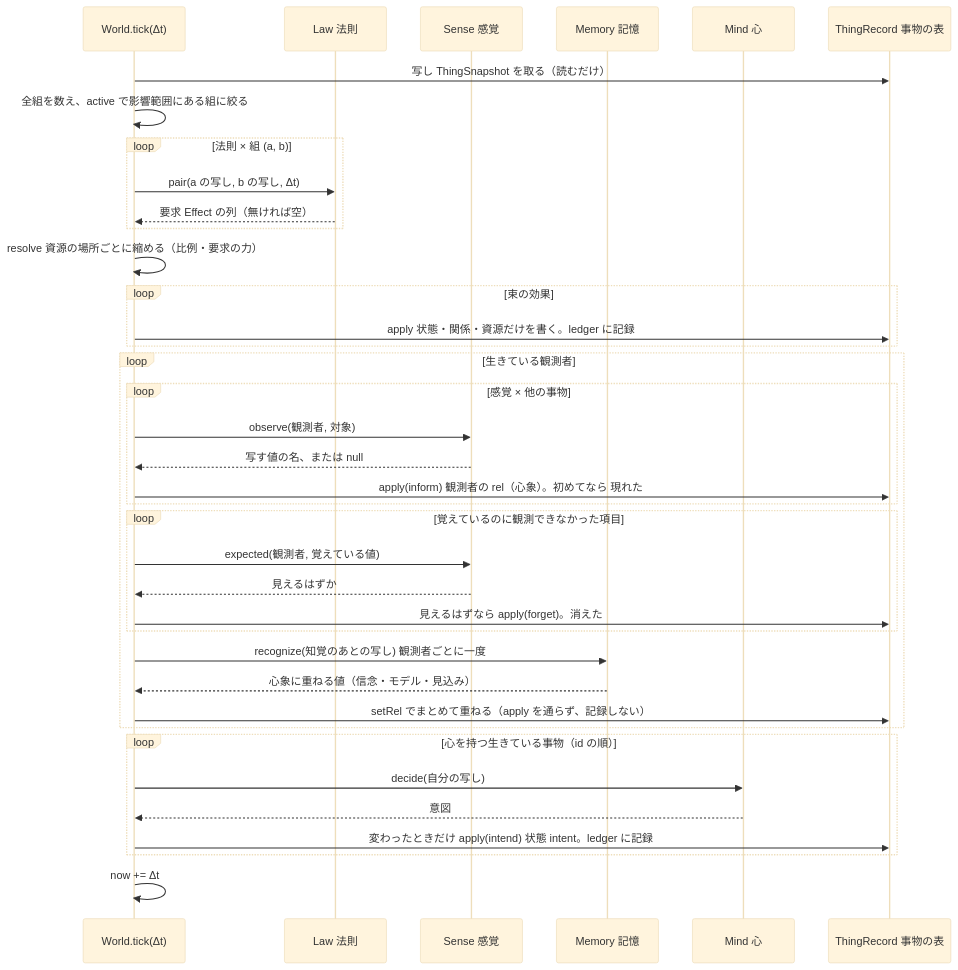
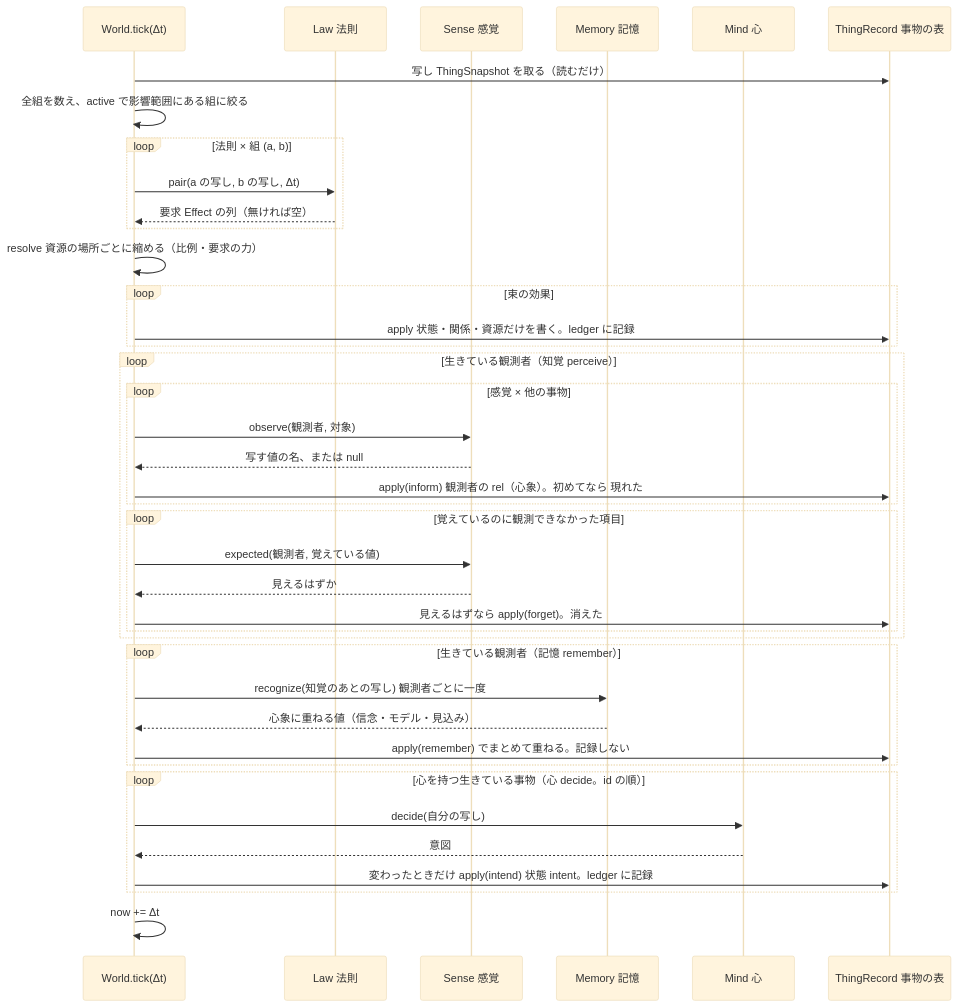
Before and after one commit to demerzel09/Medieval-Simulator: the diagram in docs/figures/src/design-fig7-sequence.mmd, drawn with Mermaid (base theme). The commit also changed 12 other files, not shown here.

```diff
--- a/docs/figures/src/design-fig7-sequence.mmd
+++ b/docs/figures/src/design-fig7-sequence.mmd
@@ -1,38 +1,40 @@
 sequenceDiagram
   participant W as World.tick(Δt)
   participant L as Law 法則
   participant S as Sense 感覚
   participant Me as Memory 記憶
   participant M as Mind 心
   participant T as ThingRecord 事物の表
   W->>T: 写し ThingSnapshot を取る（読むだけ）
   W->>W: 全組を数え、active で影響範囲にある組に絞る
   loop 法則 × 組 (a, b)
     W->>L: pair(a の写し, b の写し, Δt)
     L-->>W: 要求 Effect の列（無ければ空）
   end
   W->>W: resolve 資源の場所ごとに縮める（比例・要求の力）
   loop 束の効果
     W->>T: apply 状態・関係・資源だけを書く。ledger に記録
   end
-  loop 生きている観測者
+  loop 生きている観測者（知覚 perceive）
     loop 感覚 × 他の事物
       W->>S: observe(観測者, 対象)
       S-->>W: 写す値の名、または null
       W->>T: apply(inform) 観測者の rel（心象）。初めてなら 現れた
     end
     loop 覚えているのに観測できなかった項目
       W->>S: expected(観測者, 覚えている値)
       S-->>W: 見えるはずか
       W->>T: 見えるはずなら apply(forget)。消えた
     end
+  end
+  loop 生きている観測者（記憶 remember）
     W->>Me: recognize(知覚のあとの写し) 観測者ごとに一度
     Me-->>W: 心象に重ねる値（信念・モデル・見込み）
-    W->>T: setRel でまとめて重ねる（apply を通らず、記録しない）
+    W->>T: apply(remember) でまとめて重ねる。記録しない
   end
-  loop 心を持つ生きている事物（id の順）
+  loop 心を持つ生きている事物（心 decide。id の順）
     W->>M: decide(自分の写し)
     M-->>W: 意図
     W->>T: 変わったときだけ apply(intend) 状態 intent。ledger に記録
   end
   W->>W: now += Δt
```
